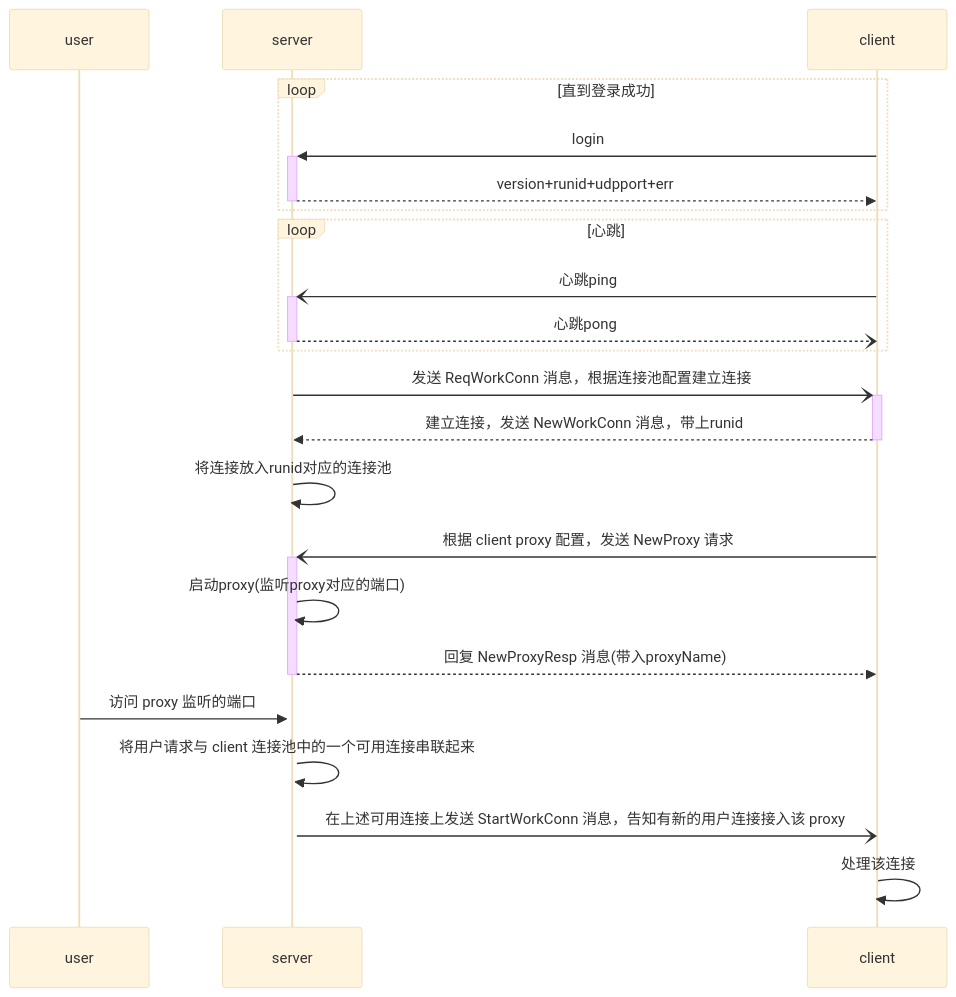
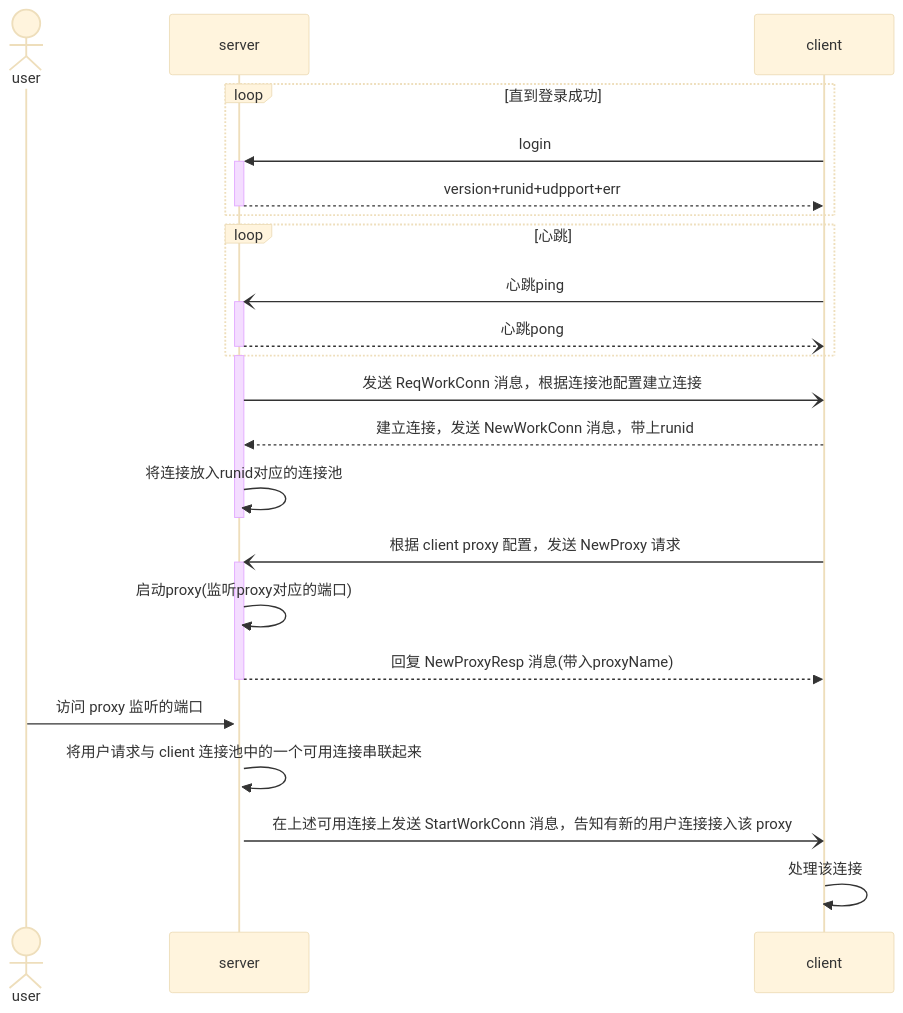
The diagram in content/posts/frp-source-read.md (akkuman/akkuman.github.io), drawn with Mermaid (base theme) before and after one commit.

Commit message:
chore: 更新时序图

````diff
--- a/content/posts/frp-source-read.md
+++ b/content/posts/frp-source-read.md
@@ -17,26 +17,29 @@
 ```mermaid
 sequenceDiagram
-	participant user
-	participant server
-	participant client
+	actor u as user
+	participant s as server
+	participant c as client
 	loop 直到登录成功
-	  client ->> + server : login
-		server -->> - client : version+runid+udpport+err
+		c ->> + s : login
+		s -->> - c : version+runid+udpport+err
 	end
-  loop 心跳
-		client -) + server : 心跳ping
-		server --) - client : 心跳pong
+	loop 心跳
+		c -) + s : 心跳ping
+		s --) - c : 心跳pong
 	end
-	server -) + client : 发送 ReqWorkConn 消息，根据连接池配置建立连接
-  client -->> - server : 建立连接，发送 NewWorkConn 消息，带上runid
-  server ->> server: 将连接放入runid对应的连接池
-  
-	client -) + server : 根据 client proxy 配置，发送 NewProxy 请求
-	server ->> server : 启动proxy(监听proxy对应的端口)
-	server -->> - client : 回复 NewProxyResp 消息(带入proxyName)	
 
-	user ->> + server : 访问 proxy 监听的端口
-	server ->> server : 将用户请求与 client 连接池中的一个可用连接串联起来
-	server -) client : 在上述可用连接上发送 StartWorkConn 消息，告知有新的用户连接接入该 proxy
-	client ->> client : 处理该连接
+    activate s
+	s -) c : 发送 ReqWorkConn 消息，根据连接池配置建立连接
+	c -->> s : 建立连接，发送 NewWorkConn 消息，带上runid
+	s ->> s: 将连接放入runid对应的连接池
+    deactivate s
+
+	c -) + s : 根据 client proxy 配置，发送 NewProxy 请求
+	s ->> s : 启动proxy(监听proxy对应的端口)
+	s -->> - c : 回复 NewProxyResp 消息(带入proxyName)	
+
+	u ->> + s : 访问 proxy 监听的端口
+	s ->> s : 将用户请求与 client 连接池中的一个可用连接串联起来
+	s -) c : 在上述可用连接上发送 StartWorkConn 消息，告知有新的用户连接接入该 proxy
+	c ->> c : 处理该连接
 ```
````
